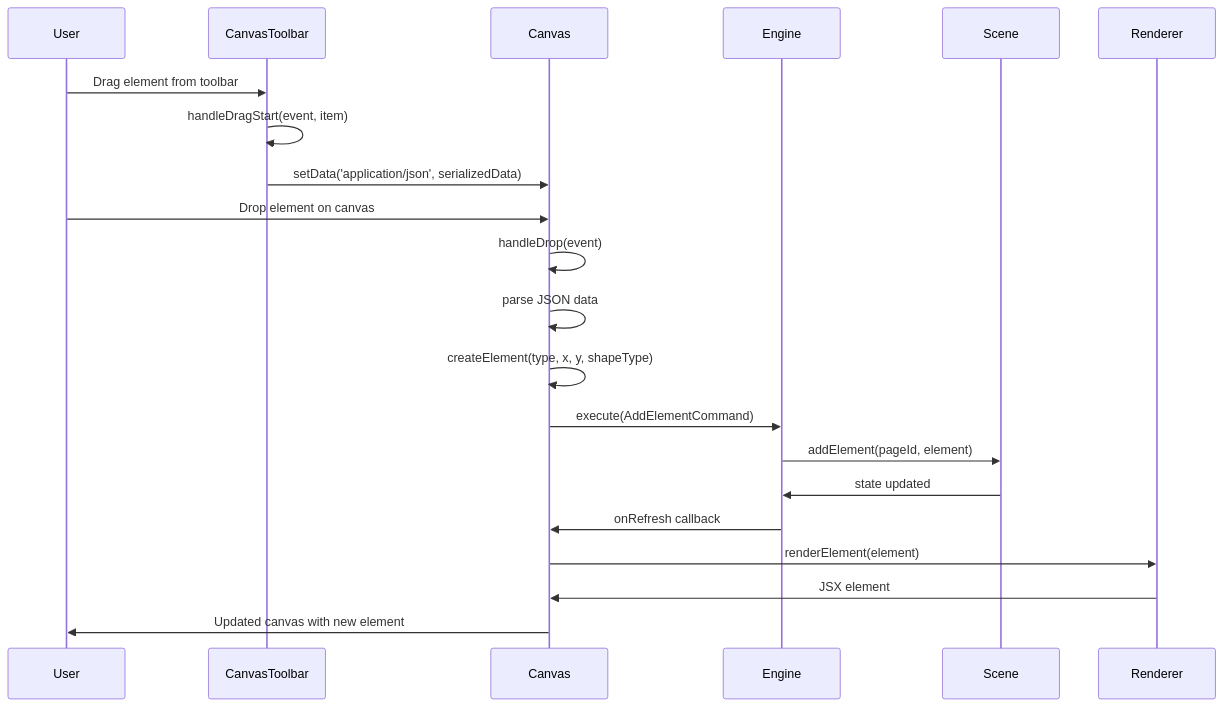
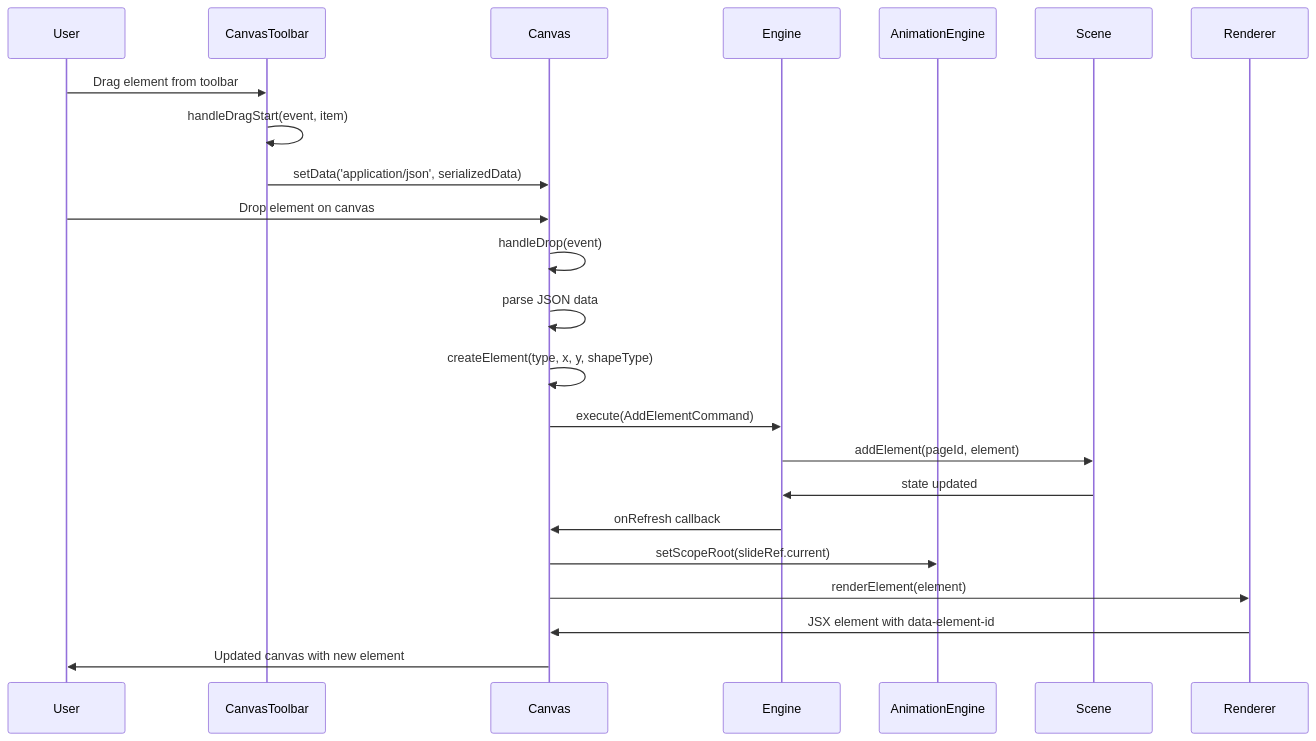
The second of 8 diagrams in .qoder/repowiki/en/content/User Interface Components/Canvas Toolbar Component.md (Anna0314zy/ai_editor_enginer), drawn with Mermaid before and after one commit. The commit also changed other lines of this file and 8 other files, not shown here.

````diff
--- a/.qoder/repowiki/en/content/User Interface Components/Canvas Toolbar Component.md
+++ b/.qoder/repowiki/en/content/User Interface Components/Canvas Toolbar Component.md
@@ -114,23 +142,25 @@
 ```mermaid
 sequenceDiagram
 participant User as User
 participant Toolbar as CanvasToolbar
 participant Canvas as Canvas
 participant Engine as Engine
+participant AnimationEngine as AnimationEngine
 participant Scene as Scene
 participant Renderer as Renderer
 User->>Toolbar : Drag element from toolbar
 Toolbar->>Toolbar : handleDragStart(event, item)
 Toolbar->>Canvas : setData('application/json', serializedData)
 User->>Canvas : Drop element on canvas
 Canvas->>Canvas : handleDrop(event)
 Canvas->>Canvas : parse JSON data
 Canvas->>Canvas : createElement(type, x, y, shapeType)
 Canvas->>Engine : execute(AddElementCommand)
 Engine->>Scene : addElement(pageId, element)
 Scene->>Engine : state updated
 Engine->>Canvas : onRefresh callback
+Canvas->>AnimationEngine : setScopeRoot(slideRef.current)
 Canvas->>Renderer : renderElement(element)
-Renderer->>Canvas : JSX element
+Renderer->>Canvas : JSX element with data-element-id
 Canvas->>User : Updated canvas with new element
 ```
````
